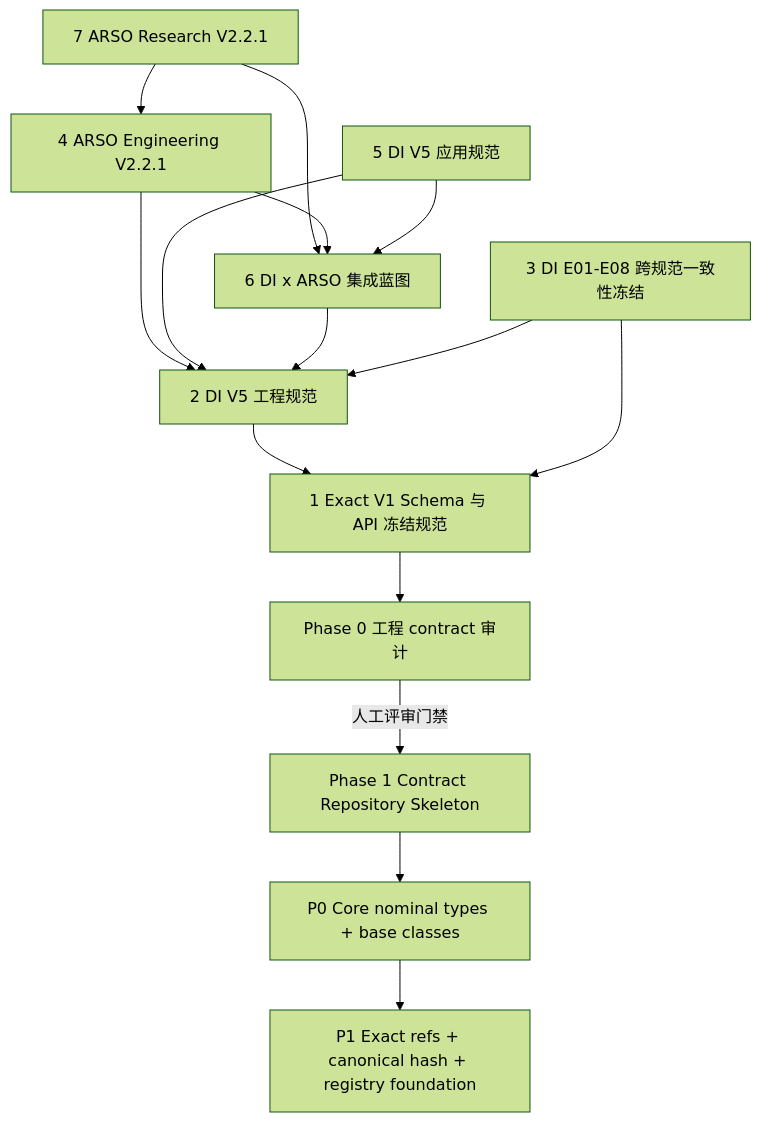
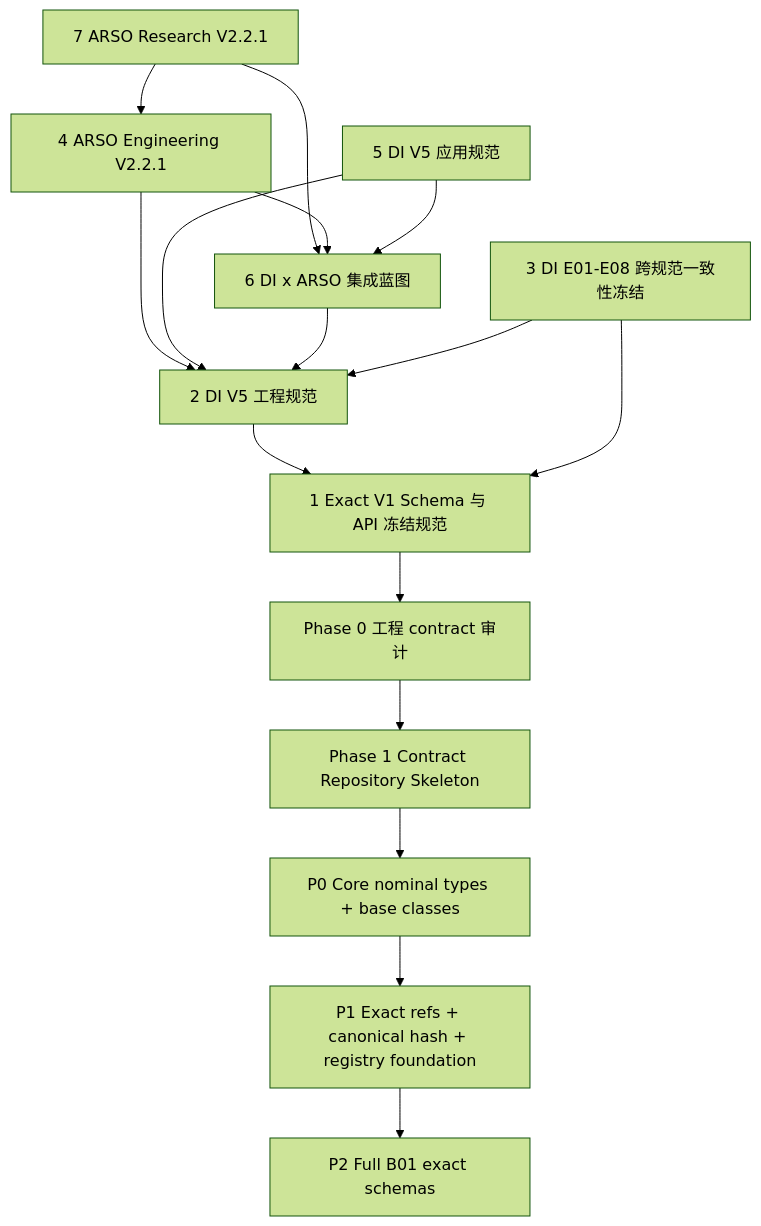
Before and after one commit to gitzhangcd/ARSO-Code: the diagram in SPEC_AUTHORITY.md, drawn with Mermaid (forest theme). The commit also changed other lines of this file, not shown here.

````diff
--- a/SPEC_AUTHORITY.md
+++ b/SPEC_AUTHORITY.md
@@ -28,17 +27,18 @@
 ```mermaid
 flowchart TD
     R[7 ARSO Research V2.2.1] --> AE[4 ARSO Engineering V2.2.1]
     R --> BP[6 DI x ARSO 集成蓝图]
     AE --> BP
     AS[5 DI V5 应用规范] --> BP
     AE --> ENG[2 DI V5 工程规范]
     AS --> ENG
     BP --> ENG
     X[3 DI E01-E08 跨规范一致性冻结] --> ENG
     ENG --> EX[1 Exact V1 Schema 与 API 冻结规范]
     X --> EX
     EX --> AUDIT[Phase 0 工程 contract 审计]
-    AUDIT -->|人工评审门禁| P0[Phase 1 Contract Repository Skeleton]
-    P0 --> P1A[P0 Core nominal types + base classes]
-    P1A --> P1[P1 Exact refs + canonical hash + registry foundation]
+    AUDIT --> SKELETON[Phase 1 Contract Repository Skeleton]
+    SKELETON --> P0[P0 Core nominal types + base classes]
+    P0 --> P1[P1 Exact refs + canonical hash + registry foundation]
+    P1 --> P2[P2 Full B01 exact schemas]
 ```
````
